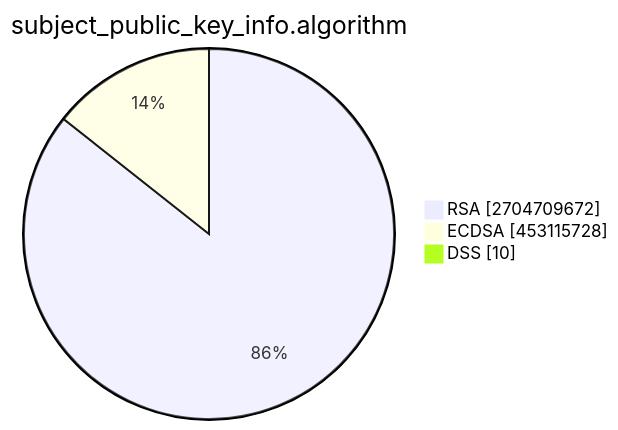
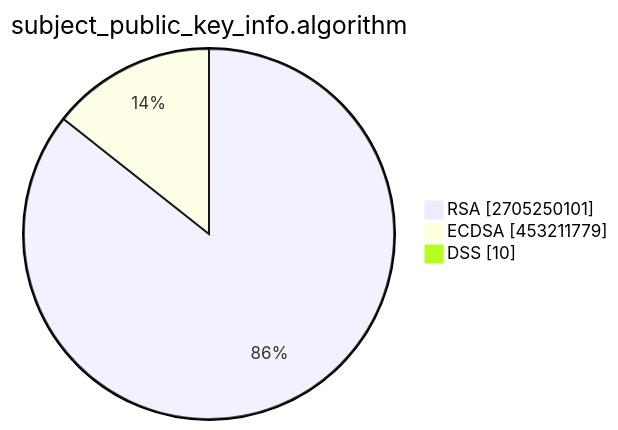
Before and after one commit to christiankrug/ctmonitor_visualization: the second of 15 diagrams in TOTAL/README.md, drawn with Mermaid. The commit also changed other lines of this file, not shown here.

````diff
--- a/TOTAL/README.md
+++ b/TOTAL/README.md
@@ -6,7 +6,7 @@
 ```mermaid
 pie showData
 title subject_public_key_info.algorithm
-"RSA" :2704709672
-"ECDSA" :453115728
+"RSA" :2705250101
+"ECDSA" :453211779
 "DSS" :10
 ```
````
